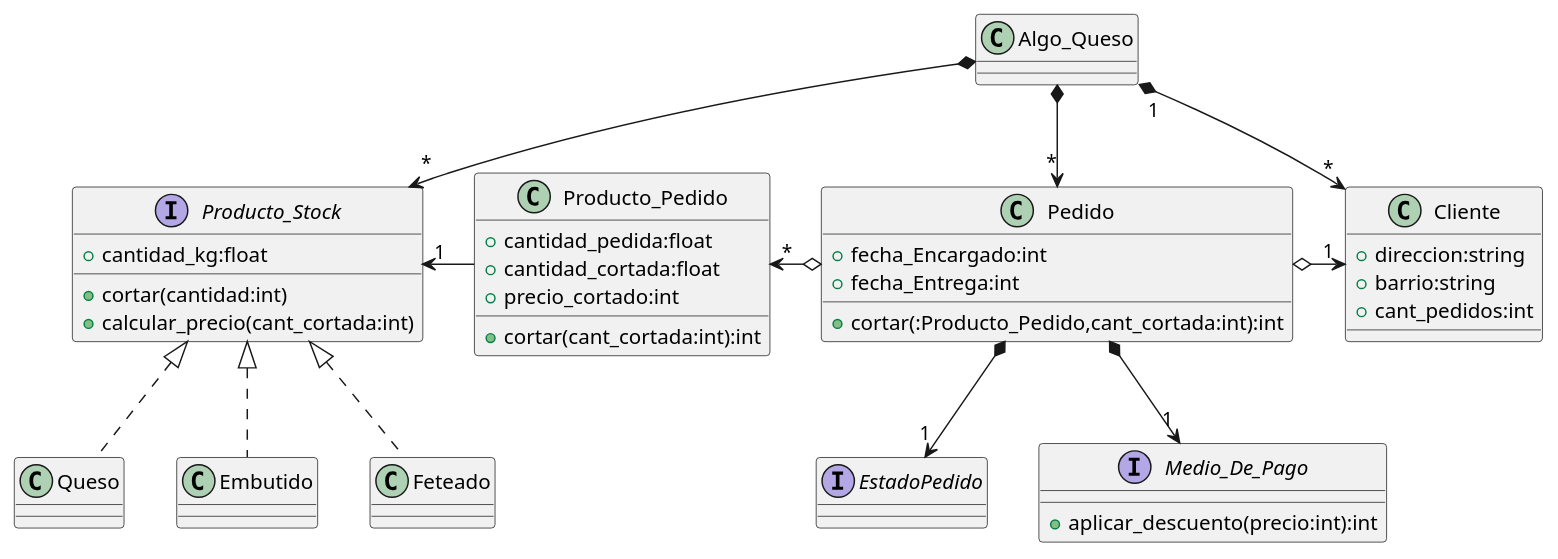
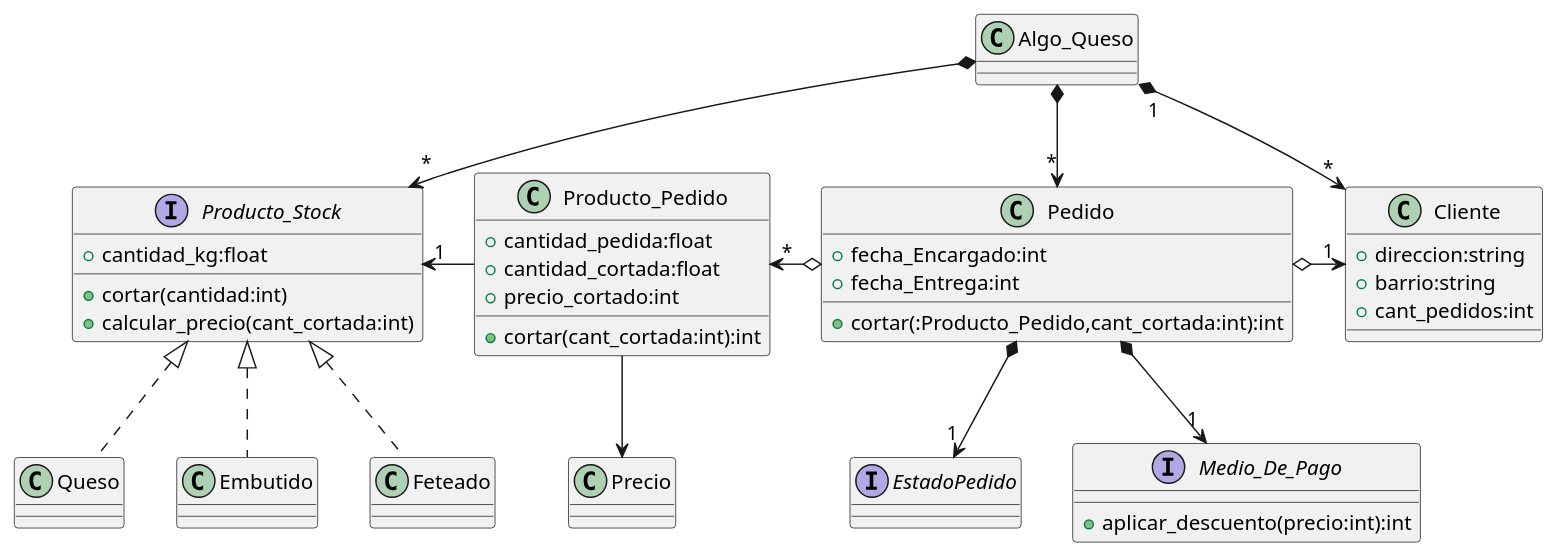
One commit to TheoMiguel/POS-Inventory_deliveryDeQuesosCABA changed the diagram in Resources/Diagrams/Clase/clasesGeneral.puml. Above: the diagram before and after it, drawn with PlantUML. The commit also changed 3 other files, not shown here.

```diff
--- a/Resources/Diagrams/Clase/clasesGeneral.puml
+++ b/Resources/Diagrams/Clase/clasesGeneral.puml
@@ -1,65 +1,69 @@
 @startuml
 'https://plantuml.com/class-diagram
 
 class Algo_Queso
 class Cliente{
     + direccion:string
     + barrio:string
     + cant_pedidos:int
 }
 
 class Pedido{
     + fecha_Encargado:int
     + fecha_Entrega:int
 
     + cortar(:Producto_Pedido,cant_cortada:int):int
 
 }
 
 interface EstadoPedido
 'class Pedido_Pendiente_Cortar implements EstadoPedido
 'class Pedido_Cortado_Sin_Entregar implements EstadoPedido
 'class Pedido_Entregado implements EstadoPedido
 
 interface Producto_Stock{
     + cantidad_kg:float
 
     + cortar(cantidad:int)
     + calcular_precio(cant_cortada:int)
 }
 
 class Queso
 class Embutido
 class Feteado
 
 class Producto_Pedido{
     + cantidad_pedida:float
     + cantidad_cortada:float
     + precio_cortado:int
 
     + cortar(cant_cortada:int):int
 }
 
 Producto_Pedido -left->"1" Producto_Stock
 
+class Precio
+
+Producto_Pedido -down-> Precio
+
 interface Medio_De_Pago{
     + aplicar_descuento(precio:int):int
 }
 
 Pedido *-down->"1" EstadoPedido
 Pedido *-down->"1" Medio_De_Pago
 
 
 Algo_Queso "1"*-> "*" Cliente
 Algo_Queso *-down->"*" Pedido
 Pedido o->"1" Cliente
 Producto_Stock "*"<-up-* Algo_Queso
 
 Queso .up.|> Producto_Stock
 Feteado .up.|> Producto_Stock
 Embutido .up.|> Producto_Stock
 
 Producto_Pedido "*" <-o Pedido
 
 
 @enduml
```
